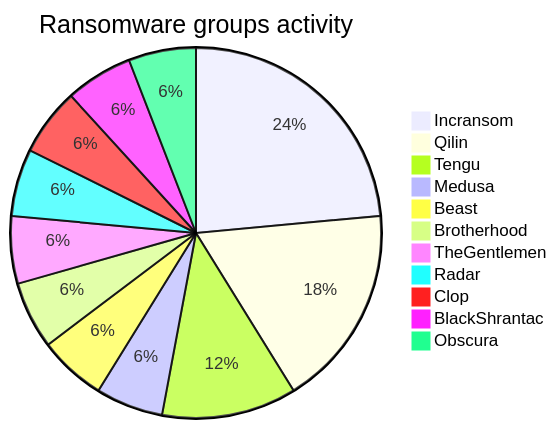
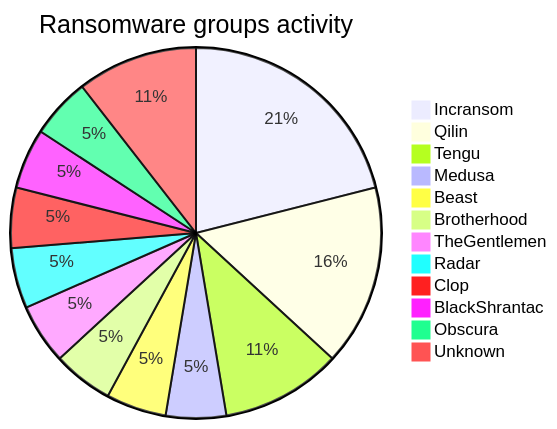
The first of 5 diagrams in CyberAttackAfrica/2025/10-october/README.md (Hatchepsoute/AFRINTEL), drawn with Mermaid before and after one commit. The commit also changed other lines of this file and 255 other files, not shown here.

````diff
--- a/CyberAttackAfrica/2025/10-october/README.md
+++ b/CyberAttackAfrica/2025/10-october/README.md
@@ -49,15 +51,16 @@
 ```mermaid
 pie
 title Ransomware groups activity
 "Incransom" : 4
 "Qilin" : 3
 "Tengu" : 2
 "Medusa" : 1
 "Beast" : 1
 "Brotherhood" : 1
 "TheGentlemen" : 1
 "Radar" : 1
 "Clop" : 1
 "BlackShrantac" : 1
 "Obscura" : 1
+"Unknown" : 2
 ```
````
